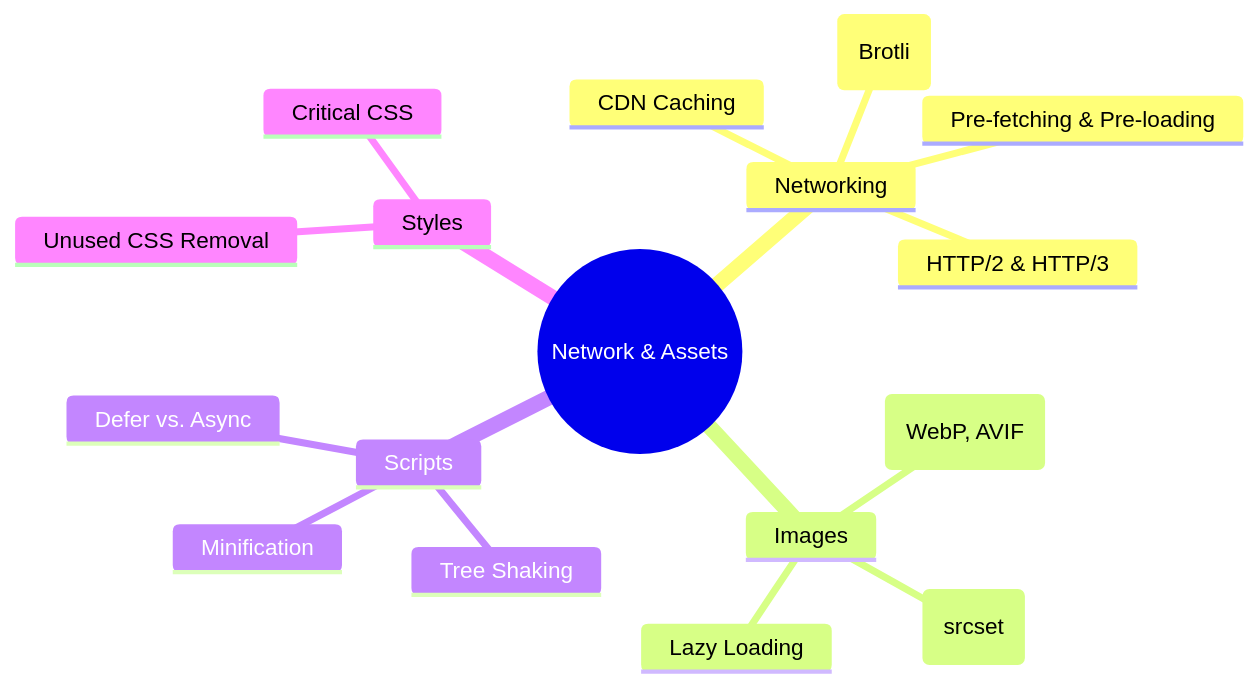
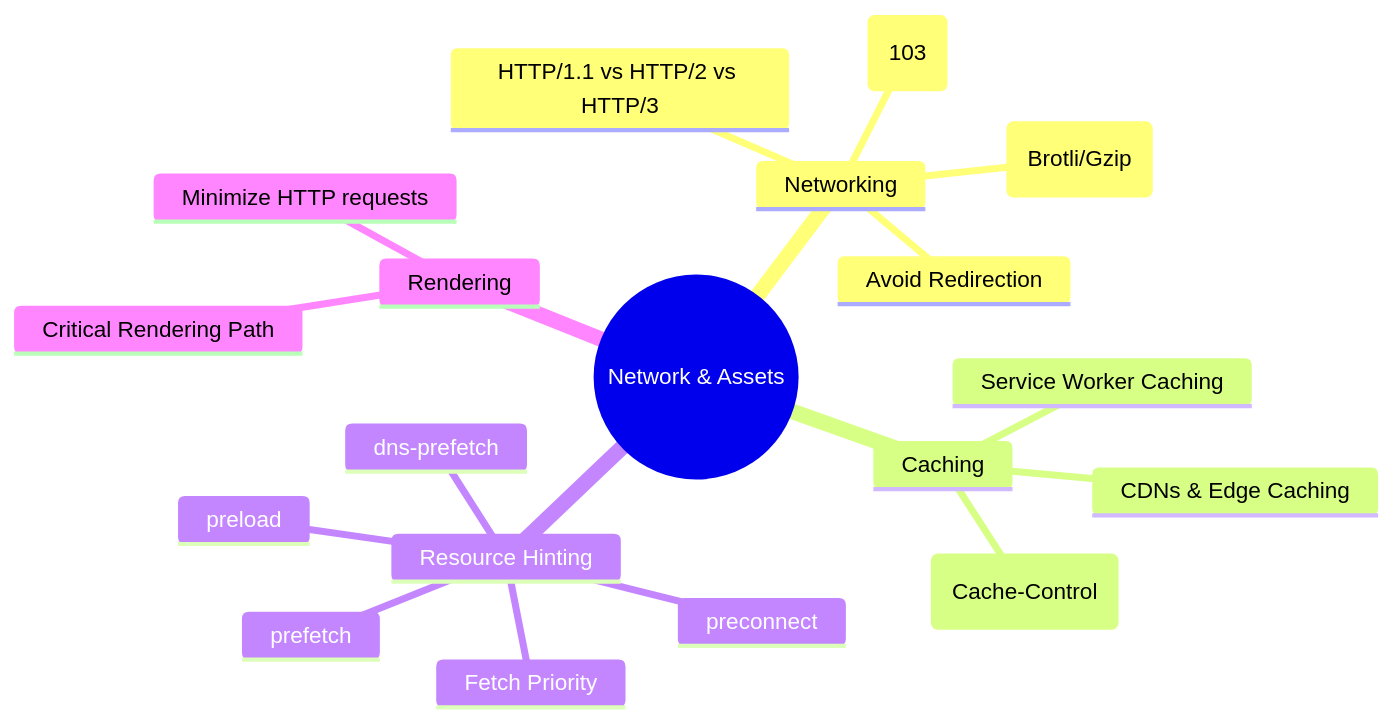
Before and after one commit to kumaratul60/System-Design: the second of 2 diagrams in Performance/Network/README.md, drawn with Mermaid. The commit also changed other lines of this file and 49 other files, not shown here.

Commit message:
Enhance documentation: expand Network Optimization section with mental model, core strategies, and resource hints for improved clarity and understanding of performance optimization techniques.

````diff
--- a/Performance/Network/README.md
+++ b/Performance/Network/README.md
@@ -7,20 +35,22 @@
 ```mermaid
 mindmap
   root((Network & Assets))
     Networking
-      HTTP/2 & HTTP/3
-      CDN Caching
-      Compression (Brotli)
-      Pre-fetching & Pre-loading
-    Images
-      Modern Formats (WebP, AVIF)
-      Responsive Images (srcset)
-      Lazy Loading
-    Scripts
-      Tree Shaking
-      Minification
-      Defer vs. Async
-    Styles
-      Critical CSS
-      Unused CSS Removal
+      HTTP/1.1 vs HTTP/2 vs HTTP/3
+      Avoid Redirection
+      Early Hints (103)
+      Compression (Brotli/Gzip)
+    Caching
+      Browser Cache (Cache-Control)
+      Service Worker Caching
+      CDNs & Edge Caching
+    Resource Hinting
+      dns-prefetch
+      preconnect
+      preload
+      prefetch
+      Fetch Priority
+    Rendering
+      Critical Rendering Path
+      Minimize HTTP requests
 ```
````
